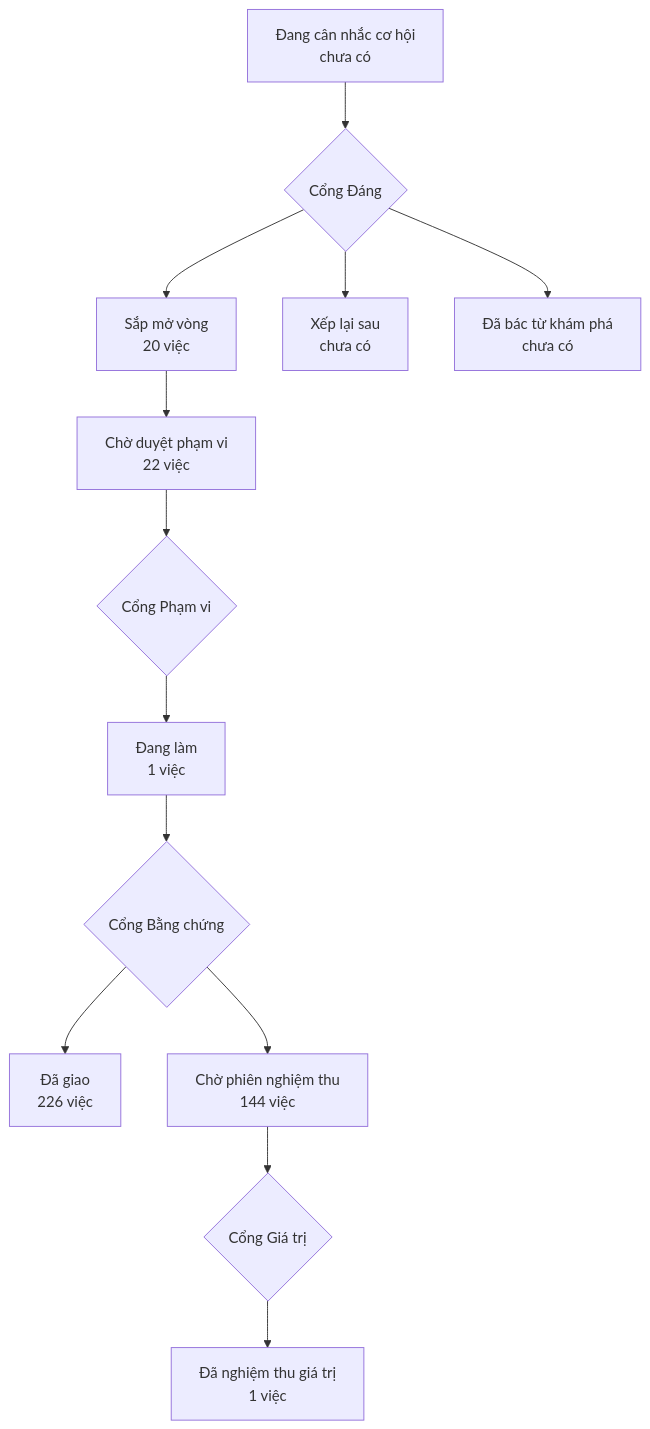
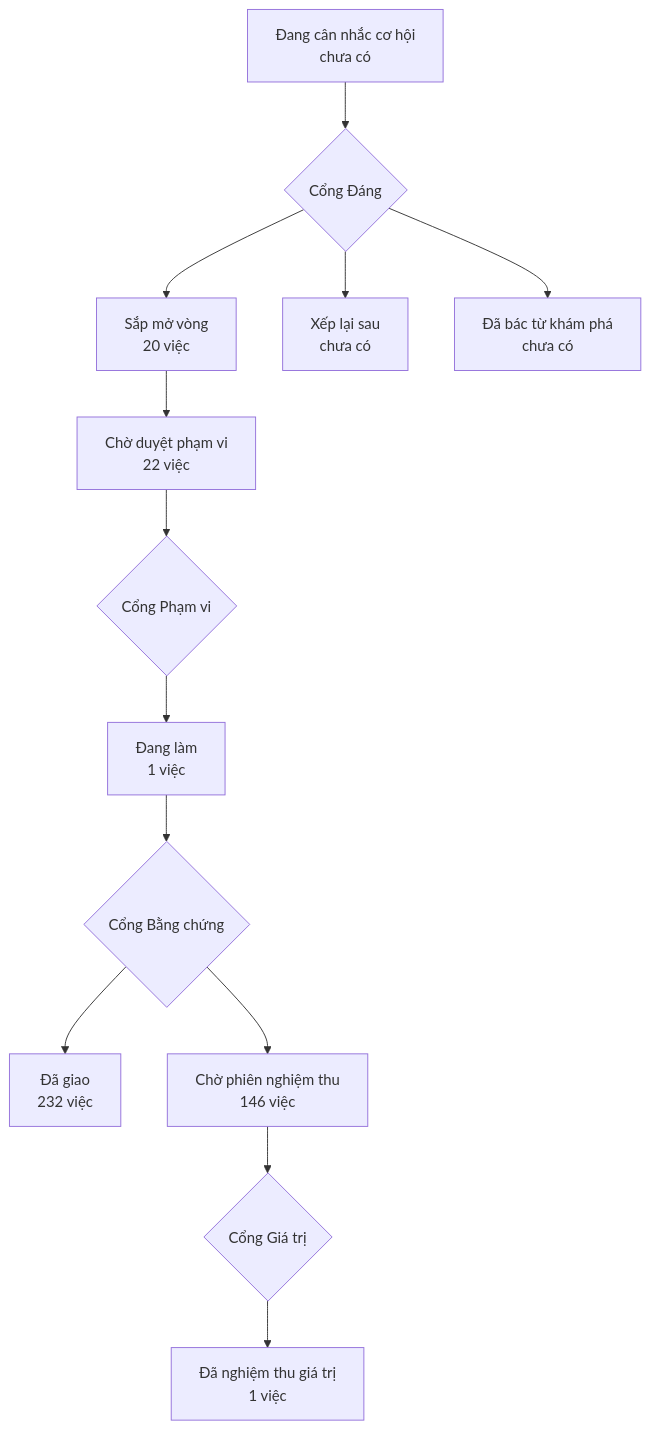
Before and after one commit to phanlemanh/onehub-invest: the diagram in PRODUCT-MAP.md, drawn with Mermaid. The commit also changed other lines of this file and 1 other file, not shown here.

````diff
--- a/PRODUCT-MAP.md
+++ b/PRODUCT-MAP.md
@@ -7,12 +7,12 @@
 ```mermaid
 flowchart TD
   A["Đang cân nhắc cơ hội<br/>chưa có"] --> GD{"Cổng Đáng"}
   GD --> B["Sắp mở vòng<br/>20 việc"]
   GD --> XL["Xếp lại sau<br/>chưa có"]
   GD --> DB["Đã bác từ khám phá<br/>chưa có"]
   B --> CD["Chờ duyệt phạm vi<br/>22 việc"] --> GP{"Cổng Phạm vi"}
   GP --> DL["Đang làm<br/>1 việc"] --> GB{"Cổng Bằng chứng"}
-  GB --> DG["Đã giao<br/>226 việc"]
-  GB --> CN["Chờ phiên nghiệm thu<br/>144 việc"] --> GG{"Cổng Giá trị"}
+  GB --> DG["Đã giao<br/>232 việc"]
+  GB --> CN["Chờ phiên nghiệm thu<br/>146 việc"] --> GG{"Cổng Giá trị"}
   GG --> NT["Đã nghiệm thu giá trị<br/>1 việc"]
 ```
````
